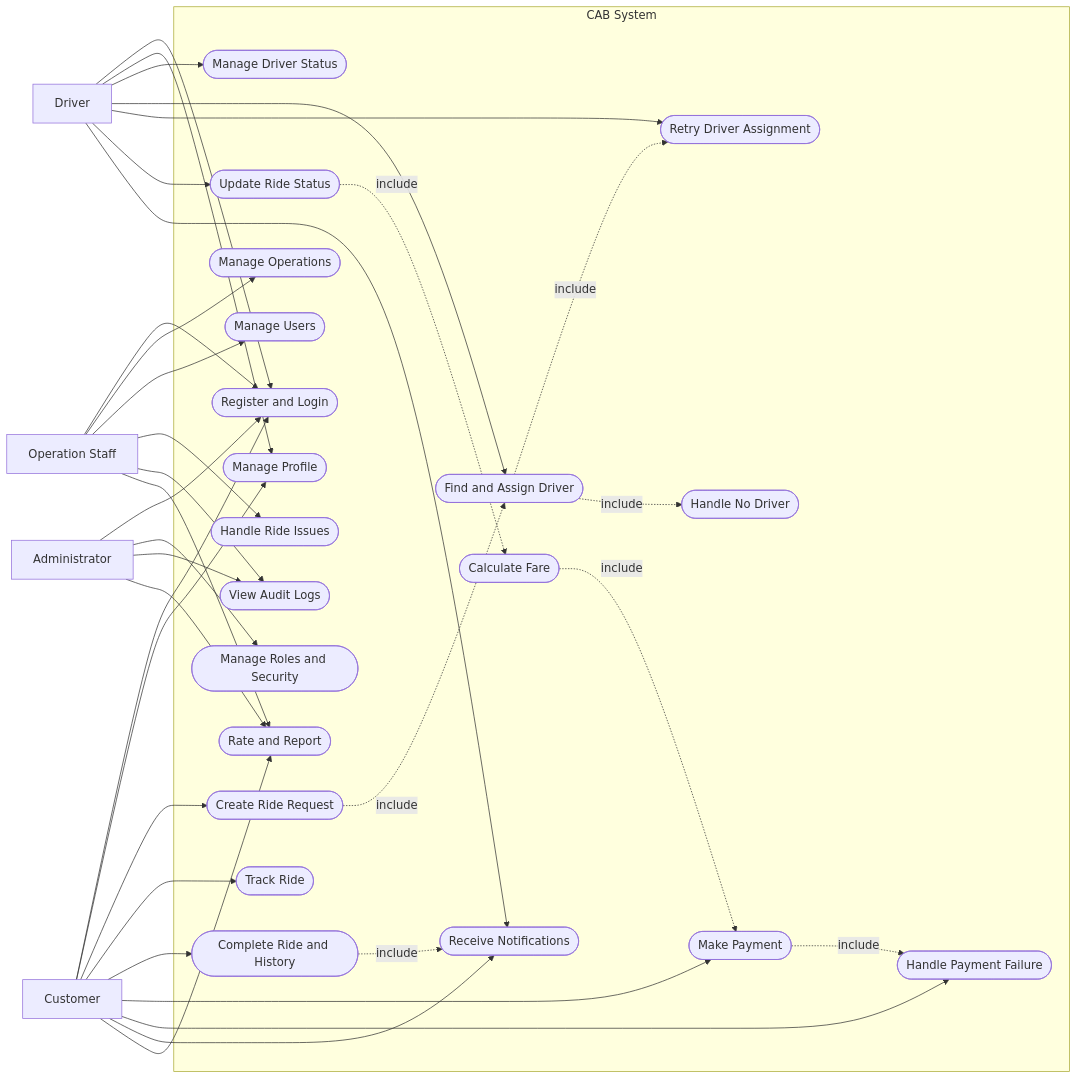
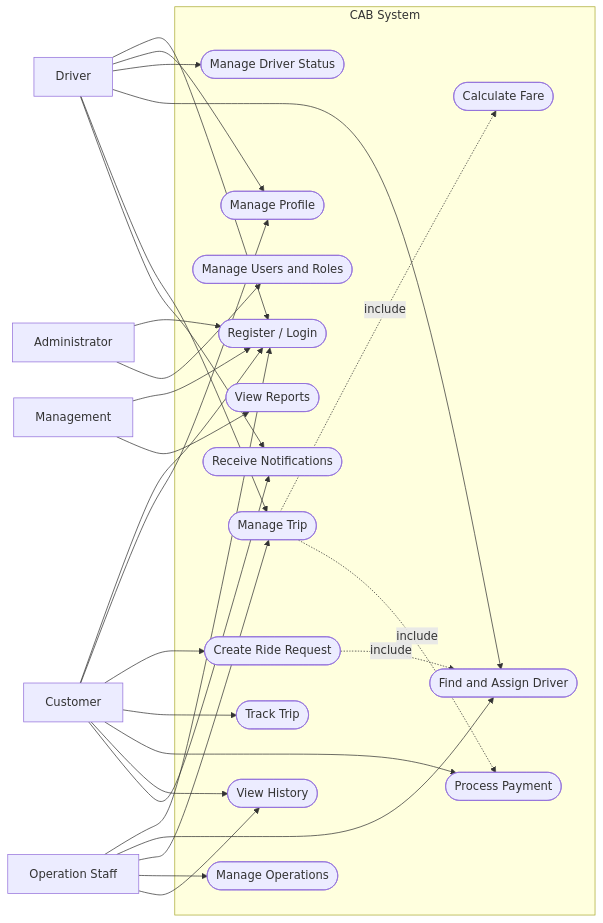
Diagram 11 of 11 in SRS.md (tuyetsang-sun/23663021_DaoThiTuyetSang_CABSYSTEM), drawn with Mermaid before and after one commit. The commit also changed other lines of this file, not shown here.

````diff
--- a/SRS.md
+++ b/SRS.md
@@ -1136,78 +2222,61 @@
 ```mermaid
 flowchart LR
 
     Customer["Customer"]
     Driver["Driver"]
     Operation["Operation Staff"]
     Admin["Administrator"]
+    Management["Management"]
 
     subgraph CAB["CAB System"]
 
-        UC01(["Register and Login"])
+        UC01(["Register / Login"])
         UC02(["Manage Profile"])
         UC03(["Manage Driver Status"])
 
         UC04(["Create Ride Request"])
         UC05(["Find and Assign Driver"])
-        UC06(["Retry Driver Assignment"])
-        UC07(["Handle No Driver"])
+        UC06(["Manage Trip"])
+        UC07(["Track Trip"])
 
-        UC08(["Track Ride"])
-        UC09(["Update Ride Status"])
-        UC10(["Complete Ride and History"])
+        UC08(["Calculate Fare"])
+        UC09(["Process Payment"])
+        UC10(["View History"])
 
-        UC11(["Calculate Fare"])
-        UC12(["Make Payment"])
-        UC13(["Handle Payment Failure"])
-
-        UC14(["Receive Notifications"])
-
-        UC15(["Manage Operations"])
-        UC16(["Manage Users"])
-        UC17(["Handle Ride Issues"])
-
-        UC18(["Manage Roles and Security"])
-        UC19(["View Audit Logs"])
-        UC20(["Rate and Report"])
+        UC11(["Receive Notifications"])
+        UC12(["Manage Operations"])
+        UC13(["Manage Users and Roles"])
+        UC14(["View Reports"])
     end
 
     Customer --> UC01
     Customer --> UC02
     Customer --> UC04
-    Customer --> UC08
+    Customer --> UC07
+    Customer --> UC09
     Customer --> UC10
-    Customer --> UC12
-    Customer --> UC13
-    Customer --> UC14
-    Customer --> UC20
+    Customer --> UC11
 
     Driver --> UC01
     Driver --> UC02
     Driver --> UC03
     Driver --> UC05
     Driver --> UC06
-    Driver --> UC09
-    Driver --> UC14
+    Driver --> UC11
 
     Operation --> UC01
-    Operation --> UC15
-    Operation --> UC16
-    Operation --> UC17
-    Operation --> UC19
-    Operation --> UC20
+    Operation --> UC05
+    Operation --> UC06
+    Operation --> UC12
+    Operation --> UC10
 
     Admin --> UC01
-    Admin --> UC18
-    Admin --> UC19
-    Admin --> UC20
+    Admin --> UC13
+
+    Management --> UC01
+    Management --> UC14
 
     UC04 -.->|include| UC05
-    UC05 -.->|include| UC06
-    UC05 -.->|include| UC07
-
-    UC09 -.->|include| UC11
-    UC11 -.->|include| UC12
-    UC12 -.->|include| UC13
-
-    UC10 -.->|include| UC14
+    UC06 -.->|include| UC08
+    UC06 -.->|include| UC09
 ```
````
